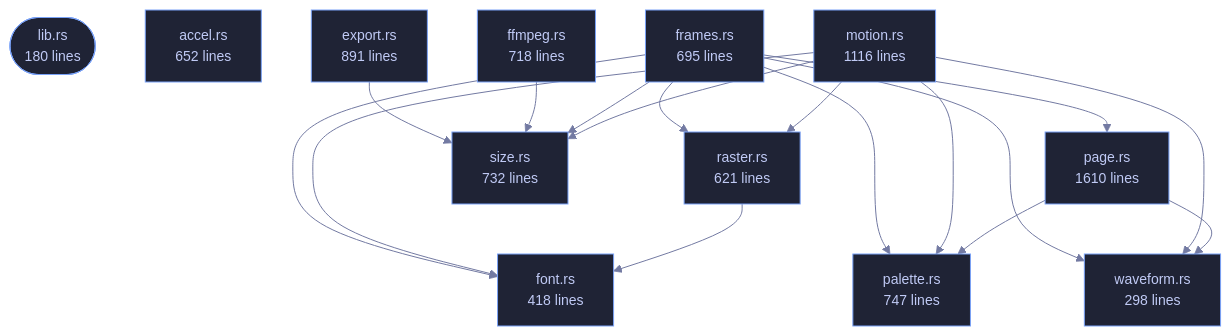
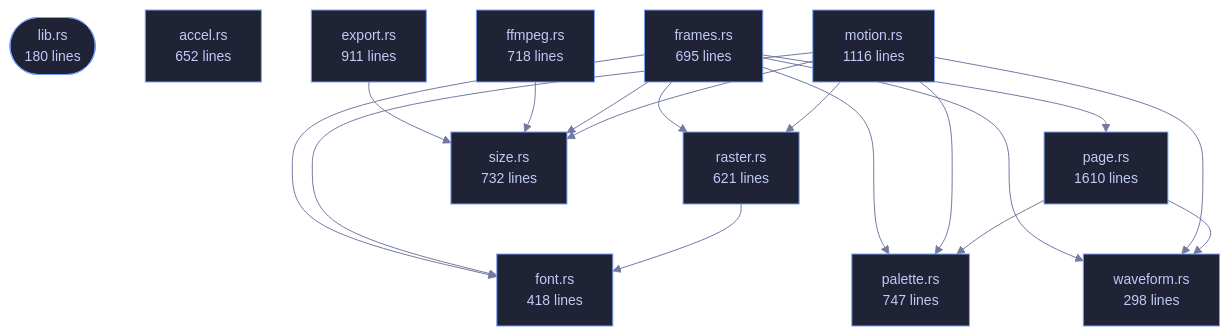
One commit to tilas01/veilvoice changed the diagram in crates/veilvoice-video/README.md. Above: the diagram before and after it, drawn with Mermaid. The commit also changed other lines of this file and 43 other files, not shown here.

First line of the commit message:
Roadmap 175, the Browser half's engine: the export worker and the thumbnails

````diff
--- a/crates/veilvoice-video/README.md
+++ b/crates/veilvoice-video/README.md
@@ -101,44 +101,44 @@
 ```mermaid
 %%{init: {"theme":"base","themeVariables":{"background":"#1a1b26","primaryColor":"#1f2335","primaryTextColor":"#c0caf5","primaryBorderColor":"#7aa2f7","secondaryColor":"#16161e","tertiaryColor":"#16161e","lineColor":"#737aa2","textColor":"#c0caf5","mainBkg":"#1f2335","nodeBorder":"#7aa2f7","clusterBkg":"#16161e","clusterBorder":"#2f3549","fontFamily":"ui-monospace, SFMono-Regular, Consolas, monospace","fontSize":"14px"}}}%%
 flowchart TD
     n_lib(["lib.rs<br/>180 lines"])
     n_accel["accel.rs<br/>652 lines"]
-    n_export["export.rs<br/>891 lines"]
+    n_export["export.rs<br/>911 lines"]
     n_ffmpeg["ffmpeg.rs<br/>718 lines"]
     n_font["font.rs<br/>418 lines"]
     n_frames["frames.rs<br/>695 lines"]
     n_motion["motion.rs<br/>1116 lines"]
     n_page["page.rs<br/>1610 lines"]
     n_palette["palette.rs<br/>747 lines"]
     n_raster["raster.rs<br/>621 lines"]
     n_size["size.rs<br/>732 lines"]
     n_waveform["waveform.rs<br/>298 lines"]
     n_export --> n_size
     n_ffmpeg --> n_size
     n_frames --> n_font
     n_frames --> n_page
     n_frames --> n_palette
     n_frames --> n_raster
     n_frames --> n_size
     n_frames --> n_waveform
     n_motion --> n_font
     n_motion --> n_palette
     n_motion --> n_raster
     n_motion --> n_size
     n_motion --> n_waveform
     n_page --> n_palette
     n_page --> n_waveform
     n_raster --> n_font
     click n_lib href "https://github.com/tilas01/veilvoice/blob/main/crates/veilvoice-video/src/lib.rs" "open the source"
     click n_accel href "https://github.com/tilas01/veilvoice/blob/main/crates/veilvoice-video/src/accel.rs" "open the source"
     click n_export href "https://github.com/tilas01/veilvoice/blob/main/crates/veilvoice-video/src/export.rs" "open the source"
     click n_ffmpeg href "https://github.com/tilas01/veilvoice/blob/main/crates/veilvoice-video/src/ffmpeg.rs" "open the source"
     click n_font href "https://github.com/tilas01/veilvoice/blob/main/crates/veilvoice-video/src/font.rs" "open the source"
     click n_frames href "https://github.com/tilas01/veilvoice/blob/main/crates/veilvoice-video/src/frames.rs" "open the source"
     click n_motion href "https://github.com/tilas01/veilvoice/blob/main/crates/veilvoice-video/src/motion.rs" "open the source"
     click n_page href "https://github.com/tilas01/veilvoice/blob/main/crates/veilvoice-video/src/page.rs" "open the source"
     click n_palette href "https://github.com/tilas01/veilvoice/blob/main/crates/veilvoice-video/src/palette.rs" "open the source"
     click n_raster href "https://github.com/tilas01/veilvoice/blob/main/crates/veilvoice-video/src/raster.rs" "open the source"
     click n_size href "https://github.com/tilas01/veilvoice/blob/main/crates/veilvoice-video/src/size.rs" "open the source"
     click n_waveform href "https://github.com/tilas01/veilvoice/blob/main/crates/veilvoice-video/src/waveform.rs" "open the source"
 ```
````
